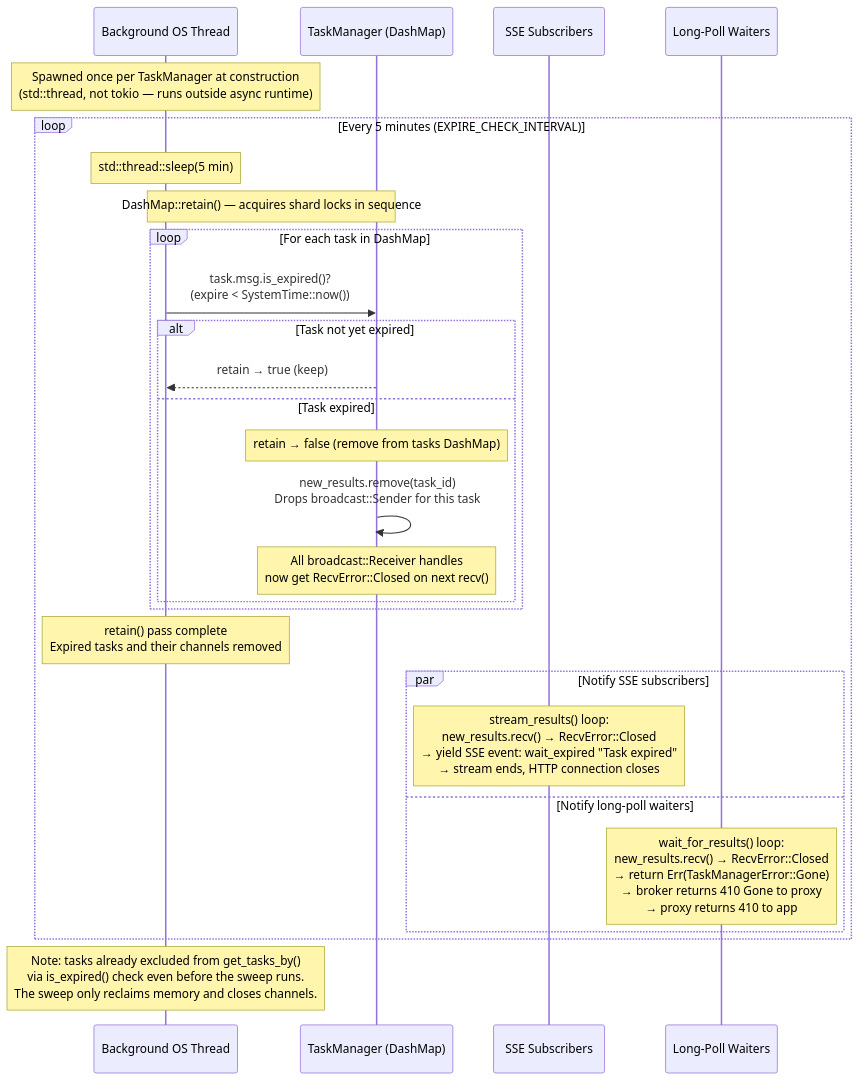
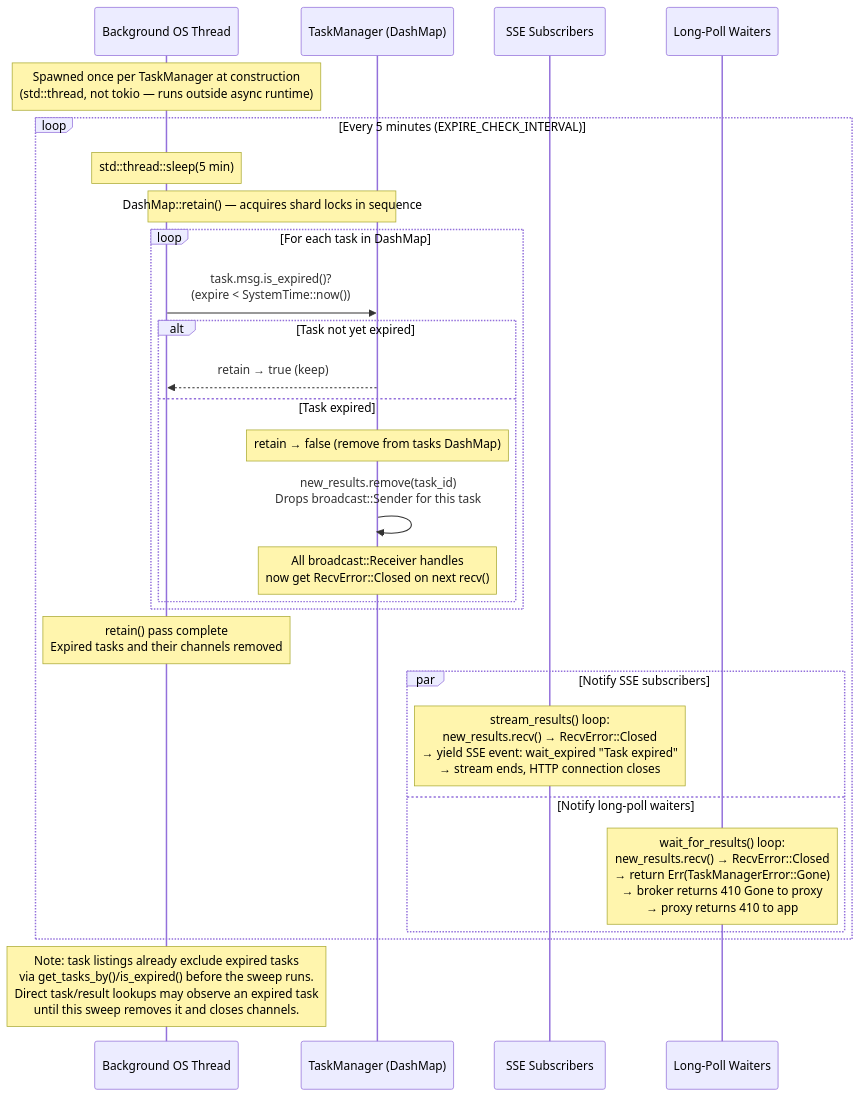
Before and after one commit to samply/beam: diagram 11 of 12 in DATAFLOWS.md, drawn with Mermaid. The commit also changed other lines of this file, not shown here.

Commit message:
Updated data flows document

````diff
--- a/DATAFLOWS.md
+++ b/DATAFLOWS.md
@@ -512,37 +535,37 @@
 ```mermaid
 sequenceDiagram
     participant Thread as Background OS Thread
     participant TM as TaskManager (DashMap)
     participant SSE as SSE Subscribers
     participant LP as Long-Poll Waiters
 
     note over Thread: Spawned once per TaskManager at construction<br/>(std::thread, not tokio — runs outside async runtime)
 
     loop Every 5 minutes (EXPIRE_CHECK_INTERVAL)
         note over Thread: std::thread::sleep(5 min)
 
         note over Thread,TM: DashMap::retain() — acquires shard locks in sequence
 
         loop For each task in DashMap
             Thread->>TM: task.msg.is_expired()?<br/>(expire < SystemTime::now())
 
             alt Task not yet expired
                 TM-->>Thread: retain → true (keep)
             else Task expired
                 note over TM: retain → false (remove from tasks DashMap)
                 TM->>TM: new_results.remove(task_id)<br/>Drops broadcast::Sender for this task
                 note over TM: All broadcast::Receiver handles<br/>now get RecvError::Closed on next recv()
             end
         end
 
         note over Thread: retain() pass complete<br/>Expired tasks and their channels removed
 
         par Notify SSE subscribers
             note over SSE: stream_results() loop:<br/>new_results.recv() → RecvError::Closed<br/>→ yield SSE event: wait_expired "Task expired"<br/>→ stream ends, HTTP connection closes
         and Notify long-poll waiters
             note over LP: wait_for_results() loop:<br/>new_results.recv() → RecvError::Closed<br/>→ return Err(TaskManagerError::Gone)<br/>→ broker returns 410 Gone to proxy<br/>→ proxy returns 410 to app
         end
     end
 
-    note over Thread: Note: tasks already excluded from get_tasks_by()<br/>via is_expired() check even before the sweep runs.<br/>The sweep only reclaims memory and closes channels.
+    note over Thread: Note: task listings already exclude expired tasks<br/>via get_tasks_by()/is_expired() before the sweep runs.<br/>Direct task/result lookups may observe an expired task<br/>until this sweep removes it and closes channels.
 ```
````
